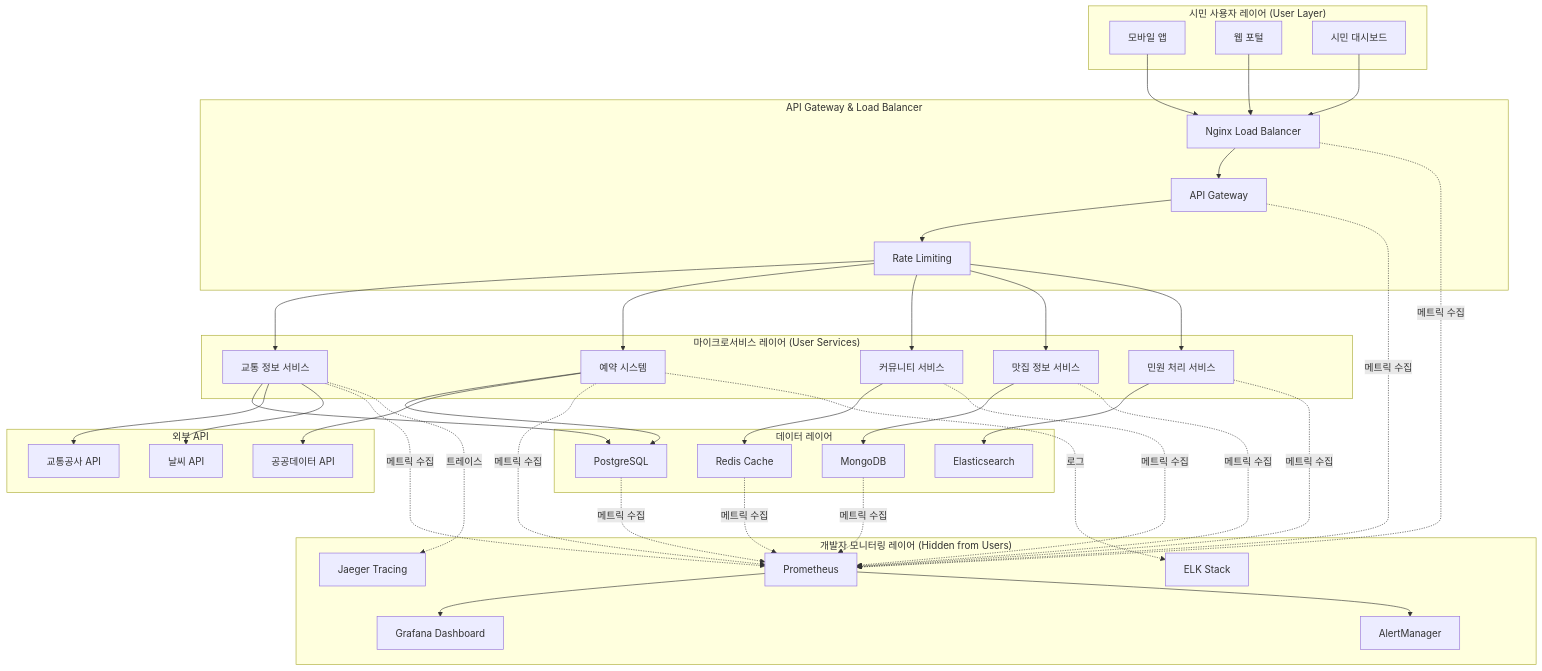
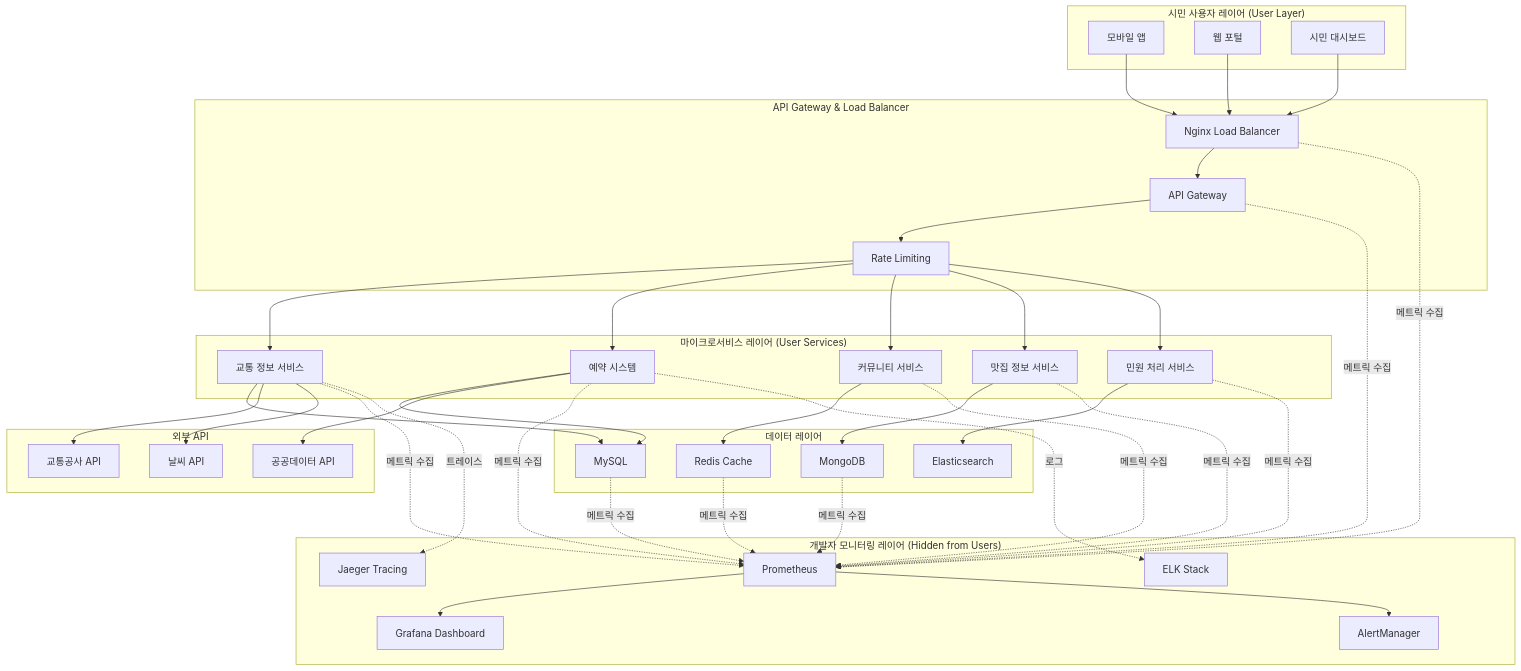
Before and after one commit to SU-KDT-2025-FINAL/integrated-monitoring-alerting-system: the first of 5 diagrams in suyeong/Project-Ideation/시민-서비스-백엔드-모니터링-시스템.md, drawn with Mermaid. The commit also changed other lines of this file, not shown here.

````diff
--- a/suyeong/Project-Ideation/시민-서비스-백엔드-모니터링-시스템.md
+++ b/suyeong/Project-Ideation/시민-서비스-백엔드-모니터링-시스템.md
@@ -29,81 +29,81 @@
 ```mermaid
 graph TB
     subgraph "시민 사용자 레이어 (User Layer)"
         A[모바일 앱]
         B[웹 포털]
         C[시민 대시보드]
     end
     
     subgraph "API Gateway & Load Balancer"
         D[Nginx Load Balancer]
         E[API Gateway]
         F[Rate Limiting]
     end
     
     subgraph "마이크로서비스 레이어 (User Services)"
         G[교통 정보 서비스]
         H[예약 시스템]
         I[커뮤니티 서비스]
         J[맛집 정보 서비스]
         K[민원 처리 서비스]
     end
     
     subgraph "데이터 레이어"
-        L[PostgreSQL]
+        L[MySQL]
         M[Redis Cache]
         N[MongoDB]
         O[Elasticsearch]
     end
     
     subgraph "개발자 모니터링 레이어 (Hidden from Users)"
         P[Prometheus]
         Q[Grafana Dashboard]
         R[AlertManager]
         S[Jaeger Tracing]
         T[ELK Stack]
     end
     
     subgraph "외부 API"
         U[교통공사 API]
         V[날씨 API]
         W[공공데이터 API]
     end
     
     A --> D
     B --> D
     C --> D
     D --> E
     E --> F
     F --> G
     F --> H
     F --> I
     F --> J
     F --> K
     
     G --> L
     H --> L
     I --> M
     J --> N
     K --> O
     
     G --> U
     G --> V
     H --> W
     
     %% 모니터링 연결 (사용자에게는 보이지 않음)
     D -.->|메트릭 수집| P
     E -.->|메트릭 수집| P
     G -.->|메트릭 수집| P
     H -.->|메트릭 수집| P
     I -.->|메트릭 수집| P
     J -.->|메트릭 수집| P
     K -.->|메트릭 수집| P
     L -.->|메트릭 수집| P
     M -.->|메트릭 수집| P
     N -.->|메트릭 수집| P
     
     P --> Q
     P --> R
     G -.->|트레이스| S
     H -.->|로그| T
 ```
````
